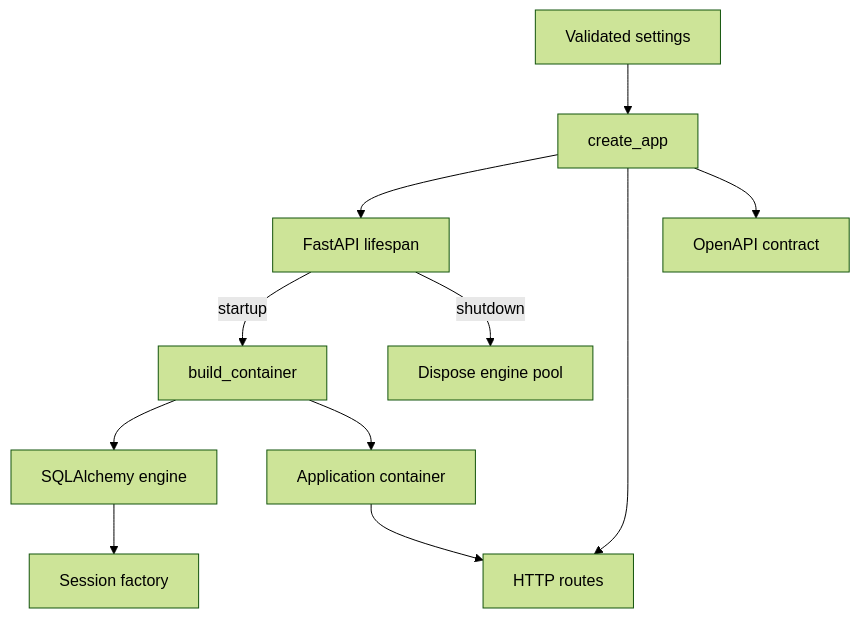
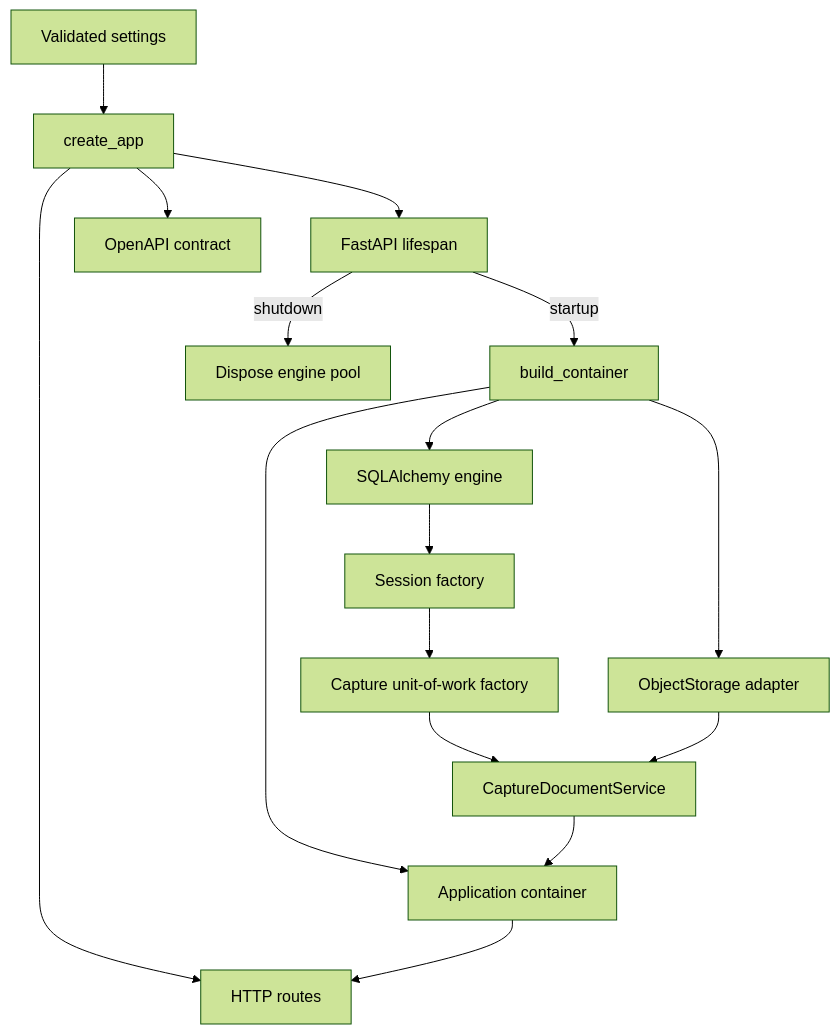
Before and after one commit to rnkraus/investment-research: the diagram in backend/src/investment_research/README.md, drawn with Mermaid (forest theme). The commit also changed other lines of this file and 16 other files, not shown here.

````diff
--- a/backend/src/investment_research/README.md
+++ b/backend/src/investment_research/README.md
@@ -18,13 +18,18 @@
 ```mermaid
 flowchart TD
     SETTINGS[Validated settings] --> MAIN[create_app]
     MAIN --> LIFE[FastAPI lifespan]
     LIFE -->|startup| BOOT[build_container]
     BOOT --> ENGINE[SQLAlchemy engine]
     ENGINE --> SESSIONS[Session factory]
+    SESSIONS --> UOW[Capture unit-of-work factory]
+    BOOT --> STORAGE[ObjectStorage adapter]
+    UOW --> CAPTURE[CaptureDocumentService]
+    STORAGE --> CAPTURE
     BOOT --> STATE[Application container]
+    CAPTURE --> STATE
     MAIN --> ROUTES[HTTP routes]
     MAIN --> OPENAPI[OpenAPI contract]
     STATE --> ROUTES
     LIFE -->|shutdown| CLOSE[Dispose engine pool]
 ```
````
